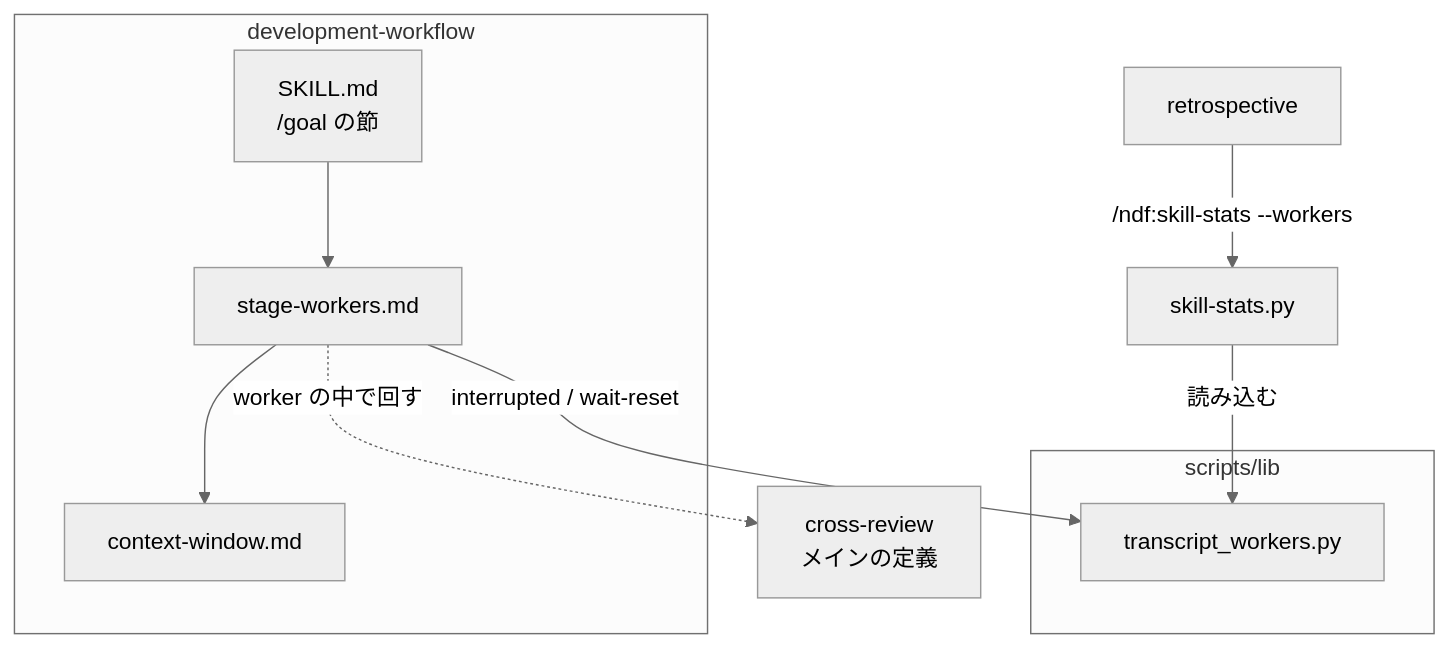
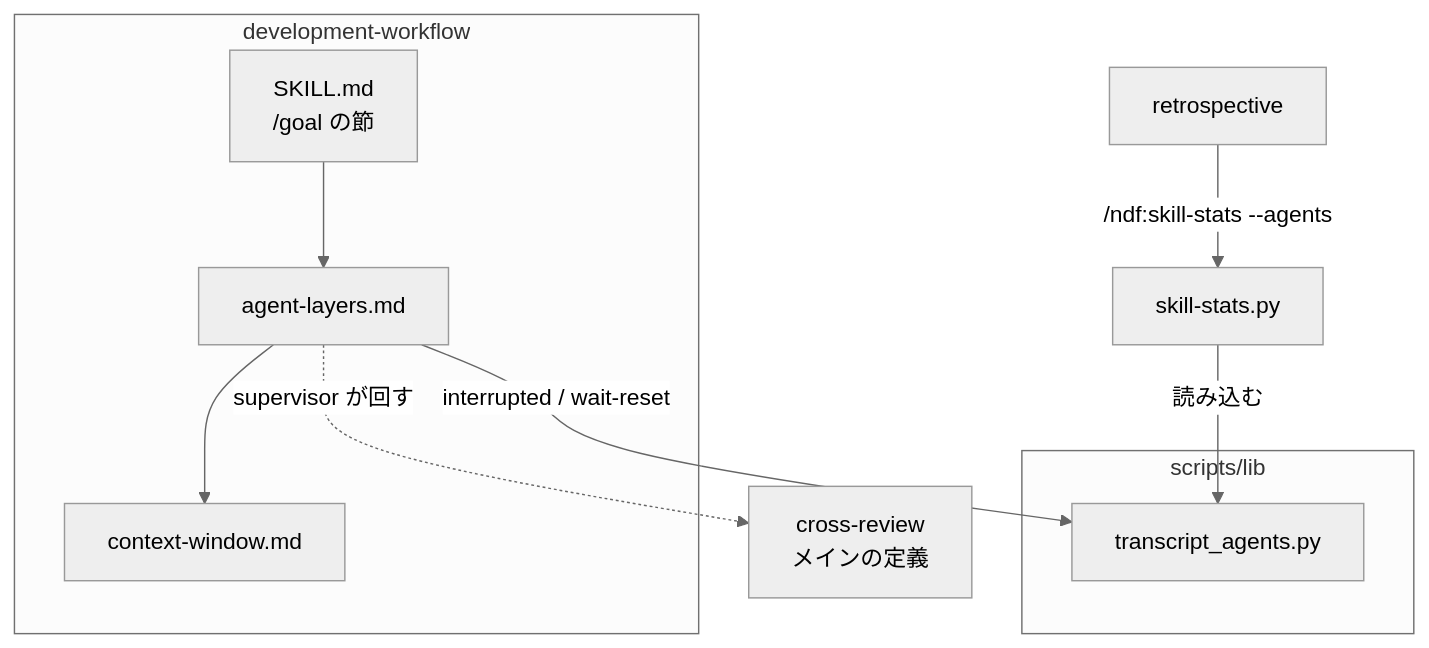
One commit to devbasex/ai-plugins changed the second of 6 diagrams in issues/issue-550-657-design.md. Above: the diagram before and after it, drawn with Mermaid (neutral theme). The commit also changed other lines of this file and 2 other files, not shown here.

First line of the commit message:
Docs: 3 層（president / supervisor / worker）で設計し直す（#550 #657）

````diff
--- a/issues/issue-550-657-design.md
+++ b/issues/issue-550-657-design.md
@@ -220,20 +264,20 @@
 ```mermaid
 graph TD
     subgraph DW[development-workflow]
         SK[SKILL.md<br/>/goal の節]
-        SW[stage-workers.md]
+        AL[agent-layers.md]
         CW[context-window.md]
     end
     subgraph LIB[scripts/lib]
-        TW[transcript_workers.py]
+        TA[transcript_agents.py]
     end
     SS[skill-stats.py]
     RT[retrospective]
     CR[cross-review<br/>メインの定義]
-    SK --> SW
-    SW --> CW
-    SW -->|interrupted / wait-reset| TW
-    SS -->|読み込む| TW
-    RT -->|/ndf:skill-stats --workers| SS
-    SW -.worker の中で回す.-> CR
+    SK --> AL
+    AL --> CW
+    AL -->|interrupted / wait-reset| TA
+    SS -->|読み込む| TA
+    RT -->|/ndf:skill-stats --agents| SS
+    AL -.supervisor が回す.-> CR
 ```
````
